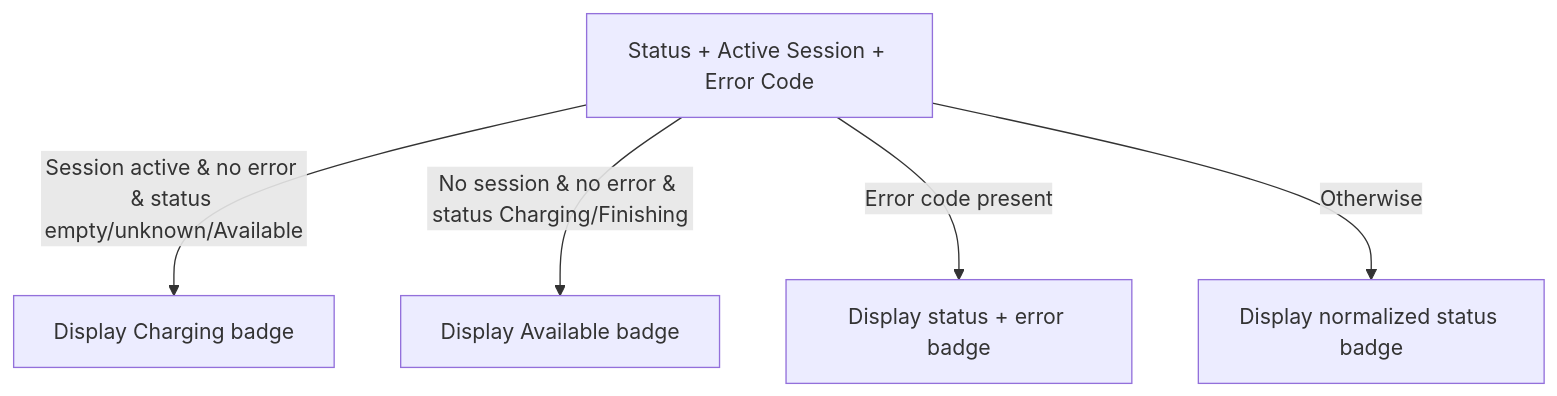
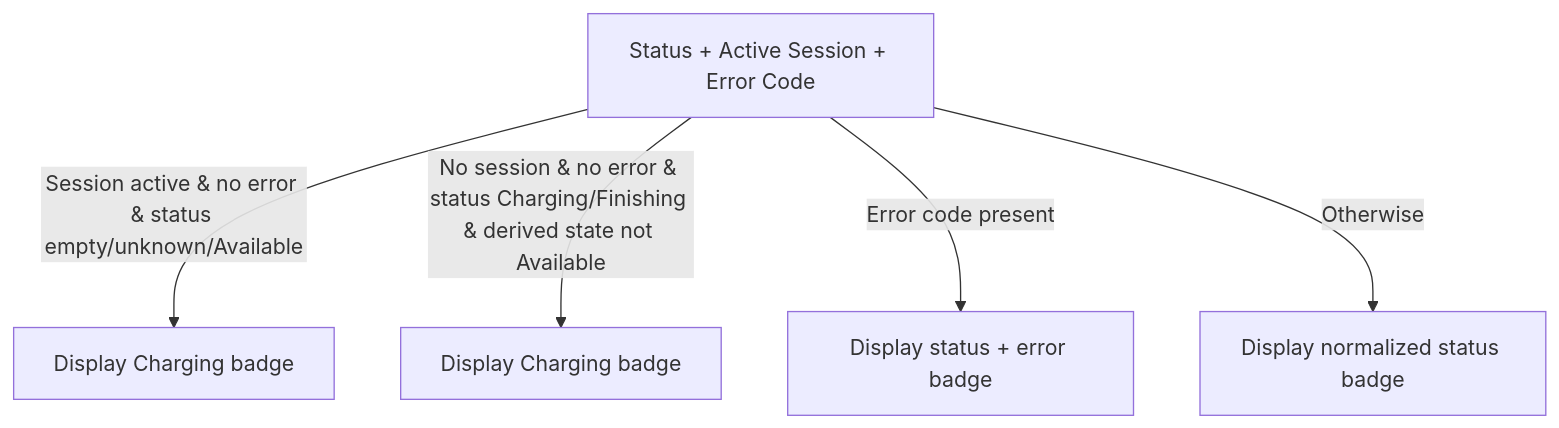
One commit to arthexis/arthexis changed the third of 3 diagrams in docs/ocpp_cp_statuses.md. Above: the diagram before and after it, drawn with Mermaid. The commit also changed other lines of this file and 2 other files, not shown here.

Commit message:
Refine CP status docs and mermaid handling

````diff
--- a/docs/ocpp_cp_statuses.md
+++ b/docs/ocpp_cp_statuses.md
@@ -91,8 +91,8 @@
 ```mermaid
 flowchart TD
     Input[Status + Active Session + Error Code]
     Input -->|Session active & no error & status empty/unknown/Available| DisplayCharging[Display Charging badge]
-    Input -->|No session & no error & status Charging/Finishing| DisplayAvailable[Display Available badge]
+    Input -->|No session & no error & status Charging/Finishing & derived state not Available| DisplayChargingFallback[Display Charging badge]
     Input -->|Error code present| DisplayFault[Display status + error badge]
     Input -->|Otherwise| DisplayRaw[Display normalized status badge]
 ```
````
